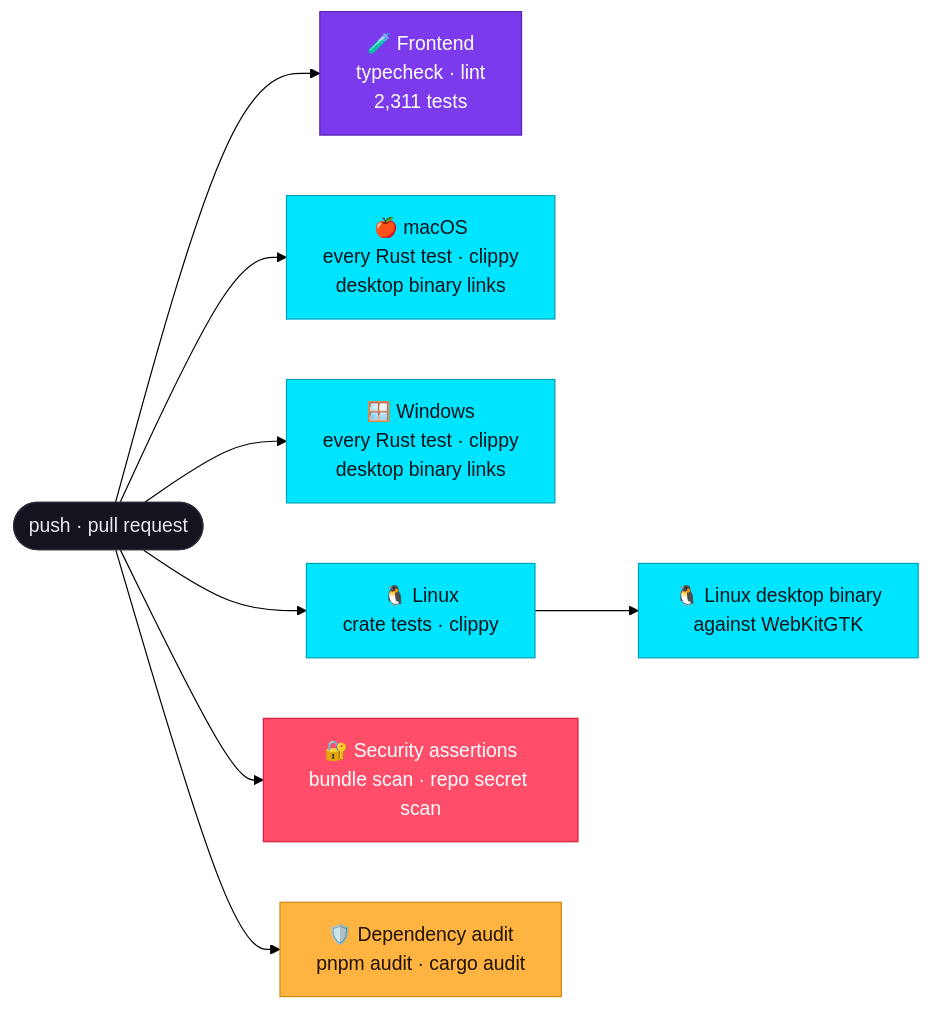
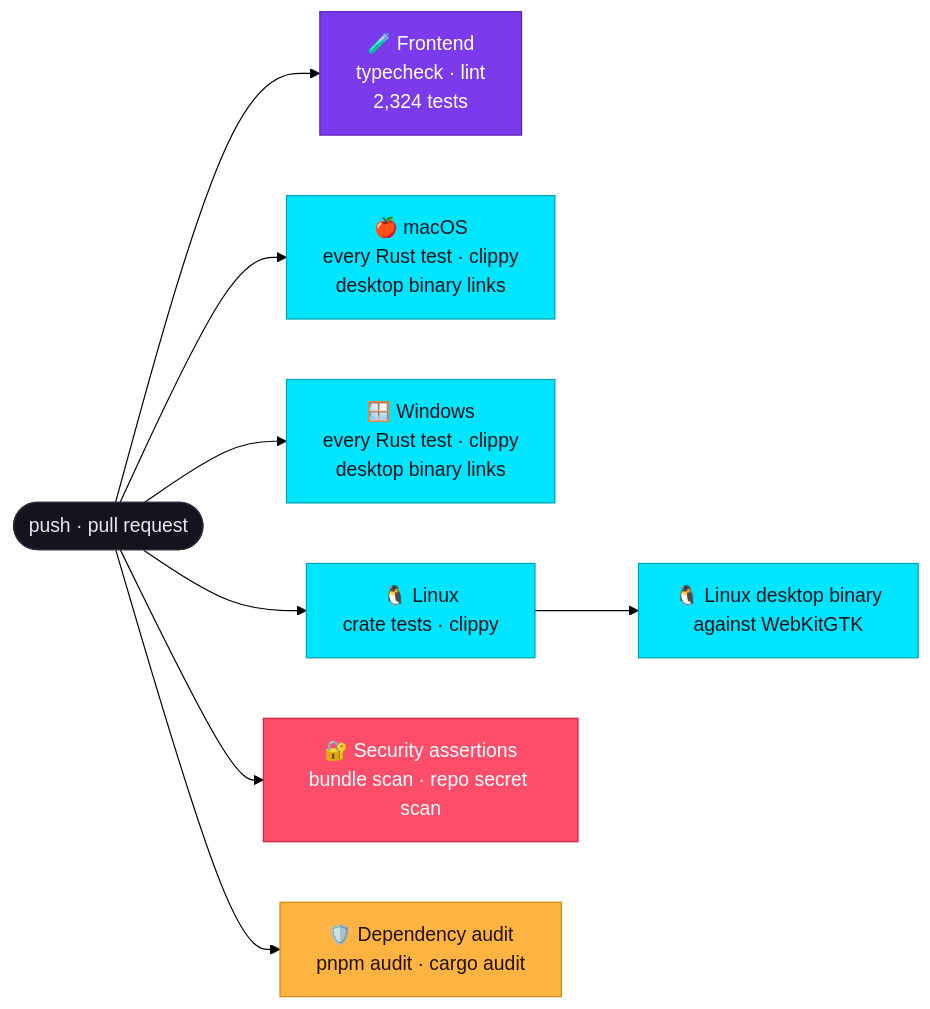
The diagram in README.md (kartikeyajay2006/jky-terminal), drawn with Mermaid (forest theme) before and after one commit. The commit also changed other lines of this file and 13 other files, not shown here.

````diff
--- a/README.md
+++ b/README.md
@@ -456,16 +456,16 @@
 ```mermaid
 flowchart LR
     P([push · pull request]):::ink --> FE & MAC & WIN & LIN & SEC & AUD
-    FE["🧪 Frontend<br/>typecheck · lint<br/>2,311 tests"]:::violet
+    FE["🧪 Frontend<br/>typecheck · lint<br/>2,324 tests"]:::violet
     MAC["🍎 macOS<br/>every Rust test · clippy<br/>desktop binary links"]:::cyan
     WIN["🪟 Windows<br/>every Rust test · clippy<br/>desktop binary links"]:::cyan
     LIN["🐧 Linux<br/>crate tests · clippy"]:::cyan --> LDB["🐧 Linux desktop binary<br/>against WebKitGTK"]:::cyan
     SEC["🔐 Security assertions<br/>bundle scan · repo secret scan"]:::red
     AUD["🛡️ Dependency audit<br/>pnpm audit · cargo audit"]:::amber
 
     classDef ink fill:#14141f,stroke:#2a2a3c,color:#e8e8f2
     classDef cyan fill:#00e5ff,stroke:#00a3b5,color:#06141a
     classDef amber fill:#ffb340,stroke:#d18a12,color:#1f1300
     classDef violet fill:#7c3aed,stroke:#5b21b6,color:#ffffff
     classDef red fill:#ff4d6a,stroke:#d91f3d,color:#ffffff
 ```
````
